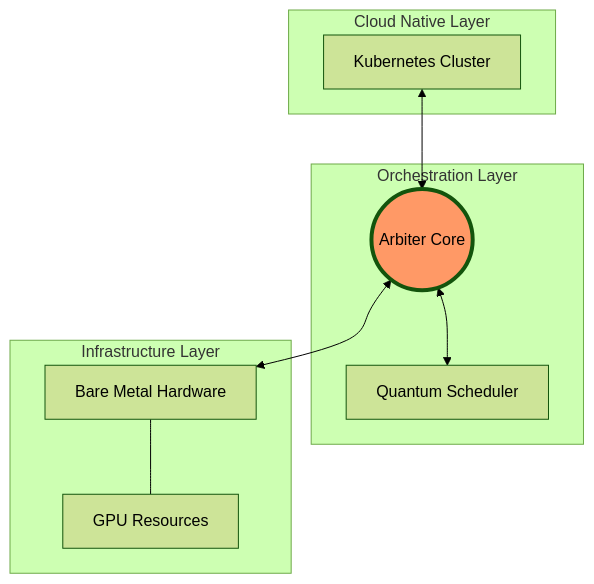
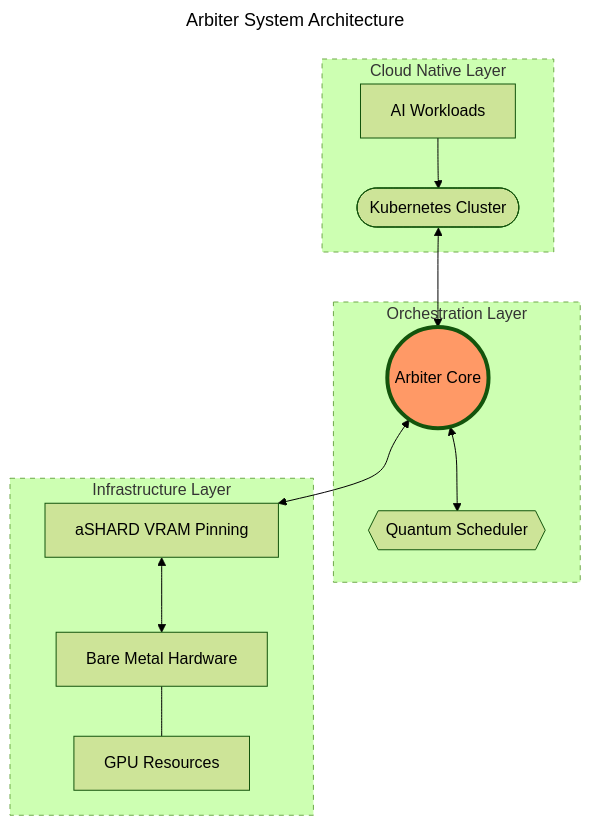
One commit to Genesis-Conductor-Engine/arbiter changed the diagram in README.md. Above: the diagram before and after it, drawn with Mermaid (forest theme). The commit also changed 1 other file, not shown here.

Commit message:
🎨 Palette: Enhance architecture diagram with semantic shapes and hierarchy
This change improves the system architecture diagram in the README by:
- Adding a descriptive title for better context.
- Implementing semantic node shapes: stadium shape `([ ])` for Kubernetes Cluster and hexagon `{{ }}` for Quantum Scheduler.
- Adding missing architectural components mentioned in the text: `AI Workloads` and `aSHARD VRAM Pinning`.
- Applying dashed borders to subgraphs for improved visual delineation of layers.
- Ensuring consistency between the documentation text and the visual representation.

Accessibility:
- Added a diagram title.
- Improved visual hierarchy for better scannability.

````diff
--- a/README.md
+++ b/README.md
@@ -17,23 +17,31 @@
 ```mermaid
+---
+title: Arbiter System Architecture
+---
 graph TD
     subgraph CloudNative [Cloud Native Layer]
-        K8s[Kubernetes Cluster]
+        WL[AI Workloads] --> K8s([Kubernetes Cluster])
     end
 
     subgraph Orchestration [Orchestration Layer]
         Arbiter((Arbiter Core))
-        QS[Quantum Scheduler]
+        QS{{Quantum Scheduler}}
     end
 
     subgraph Infrastructure [Infrastructure Layer]
+        Pinning[aSHARD VRAM Pinning]
         BM[Bare Metal Hardware]
         GPU[GPU Resources]
     end
 
     K8s <--> Arbiter
     Arbiter <--> QS
-    Arbiter <--> BM
+    Arbiter <--> Pinning
+    Pinning <--> BM
     BM --- GPU
 
     style Arbiter fill:#f96,stroke-width:4px
+    style CloudNative stroke-dasharray: 5 5
+    style Orchestration stroke-dasharray: 5 5
+    style Infrastructure stroke-dasharray: 5 5
 ```
````
